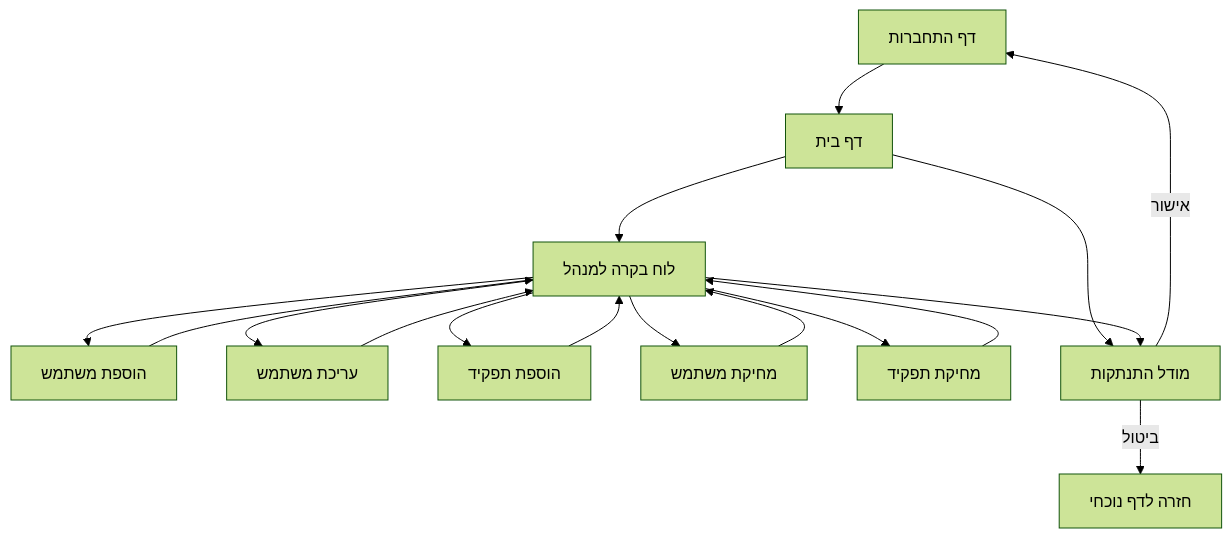
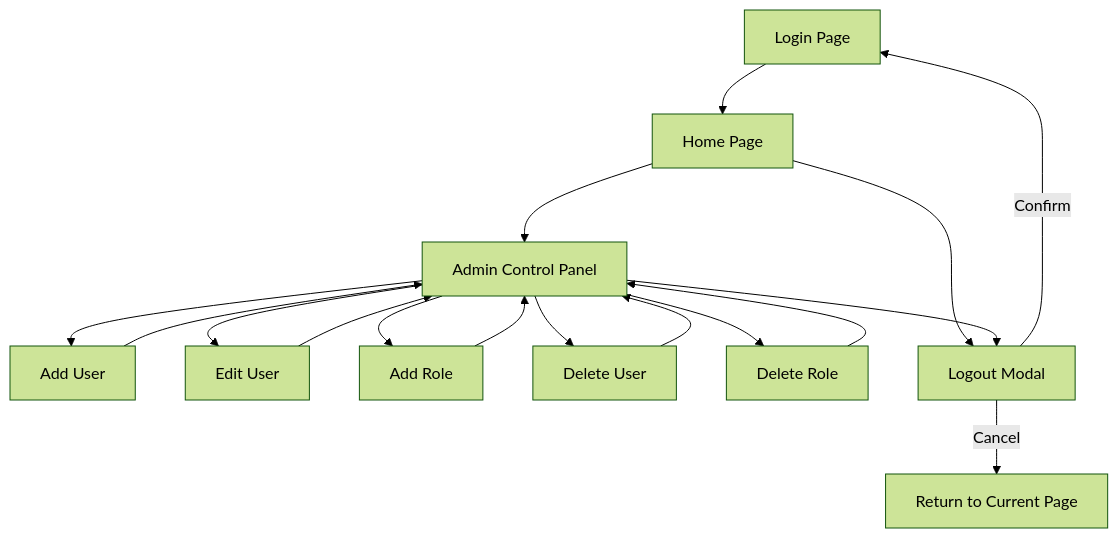
One commit to EliGuriel/Course_Meeting5 changed the seventh of 11 diagrams in Stage6/תיעוד פרויקט ניהול משתמשים ותפקידים - Stage6.md. Above: the diagram before and after it, drawn with Mermaid (forest theme). The commit also changed other lines of this file and 19 other files, not shown here.

````diff
--- a/Stage6/תיעוד פרויקט ניהול משתמשים ותפקידים - Stage6.md
+++ b/Stage6/תיעוד פרויקט ניהול משתמשים ותפקידים - Stage6.md
@@ -686,19 +686,19 @@
 ```mermaid
 graph TD
-    Login[דף התחברות] --> Home[דף בית]
-    Home --> AdminHome[לוח בקרה למנהל]
-    AdminHome --> AddUser[הוספת משתמש]
-    AdminHome --> EditUser[עריכת משתמש]
-    AdminHome --> AddRole[הוספת תפקיד]
-    AdminHome --> DeleteUser[מחיקת משתמש]
-    AdminHome --> DeleteRole[מחיקת תפקיד]
+    Login[Login Page] --> Home[Home Page]
+    Home --> AdminHome[Admin Control Panel]
+    AdminHome --> AddUser[Add User]
+    AdminHome --> EditUser[Edit User]
+    AdminHome --> AddRole[Add Role]
+    AdminHome --> DeleteUser[Delete User]
+    AdminHome --> DeleteRole[Delete Role]
     AddUser --> AdminHome
     EditUser --> AdminHome
     AddRole --> AdminHome
     DeleteUser --> AdminHome
     DeleteRole --> AdminHome
-    Home --> LogoutModal[מודל התנתקות]
+    Home --> LogoutModal[Logout Modal]
     AdminHome --> LogoutModal
-    LogoutModal -- אישור --> Login
-    LogoutModal -- ביטול --> ReturnToPage[חזרה לדף נוכחי]
+    LogoutModal -- Confirm --> Login
+    LogoutModal -- Cancel --> ReturnToPage[Return to Current Page]
 ```
````
